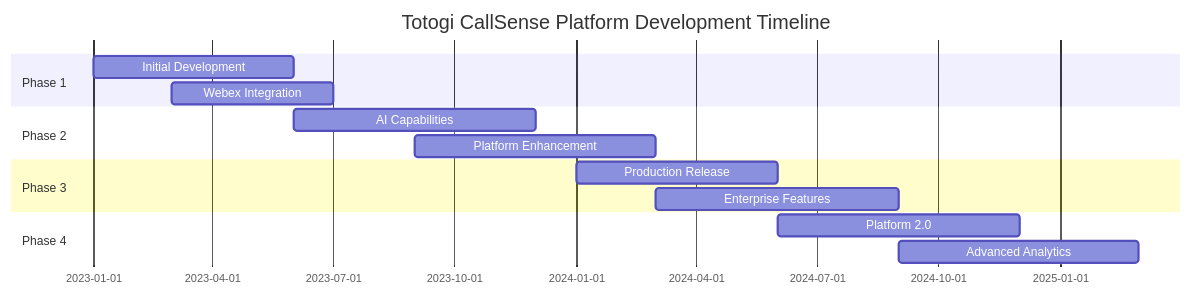
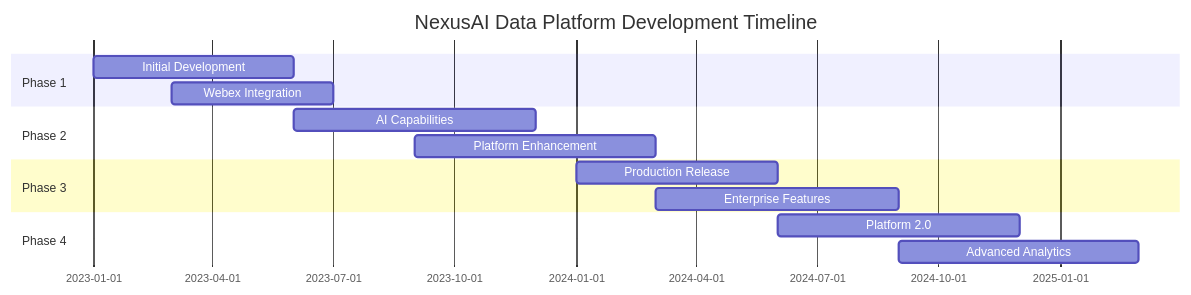
The diagram in docs/project-scope/index.md (nexusdataai/nexus-docs), drawn with Mermaid before and after one commit. The commit also changed other lines of this file and 263 other files, not shown here.

First line of the commit message:
Rebrand documentation from Totogi CallSense to NexusAI Data Platform

````diff
--- a/docs/project-scope/index.md
+++ b/docs/project-scope/index.md
@@ -46,17 +46,17 @@
 ```mermaid
 gantt
-    title Totogi CallSense Platform Development Timeline
+    title NexusAI Data Platform Development Timeline
     dateFormat YYYY-MM
     section Phase 1
     Initial Development    :2023-01, 2023-06
     Webex Integration     :2023-03, 2023-07
     section Phase 2
     AI Capabilities       :2023-06, 2023-12
     Platform Enhancement  :2023-09, 2024-03
     section Phase 3
     Production Release    :2024-01, 2024-06
     Enterprise Features   :2024-03, 2024-09
     section Phase 4
     Platform 2.0          :2024-06, 2024-12
     Advanced Analytics    :2024-09, 2025-03
 ```
````
